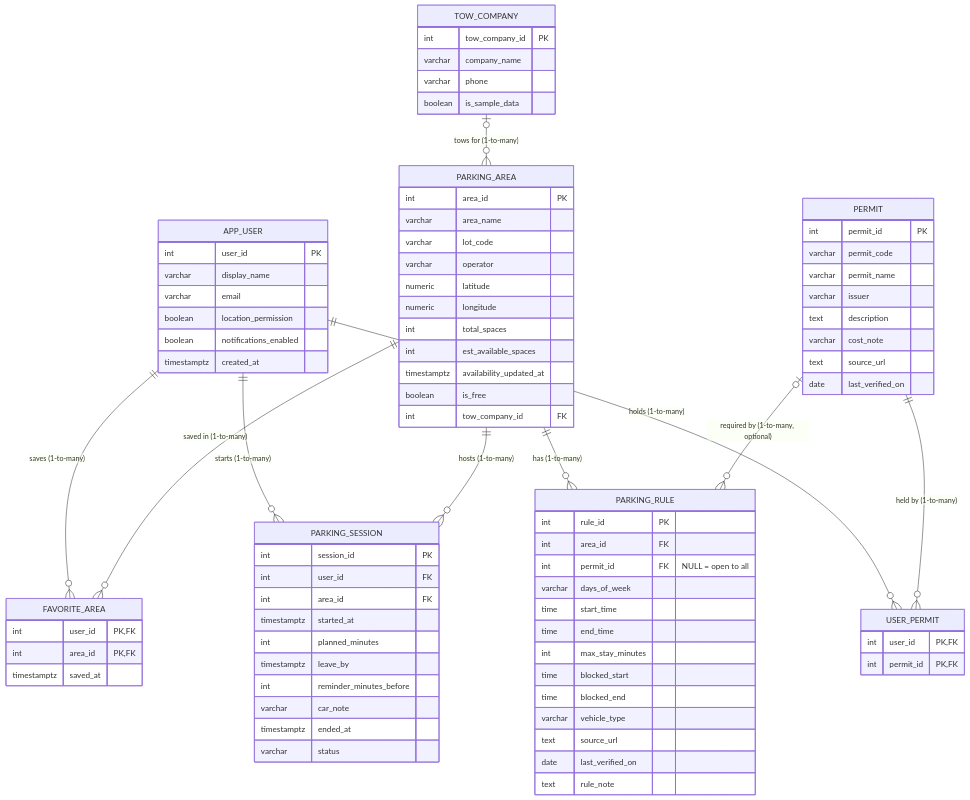
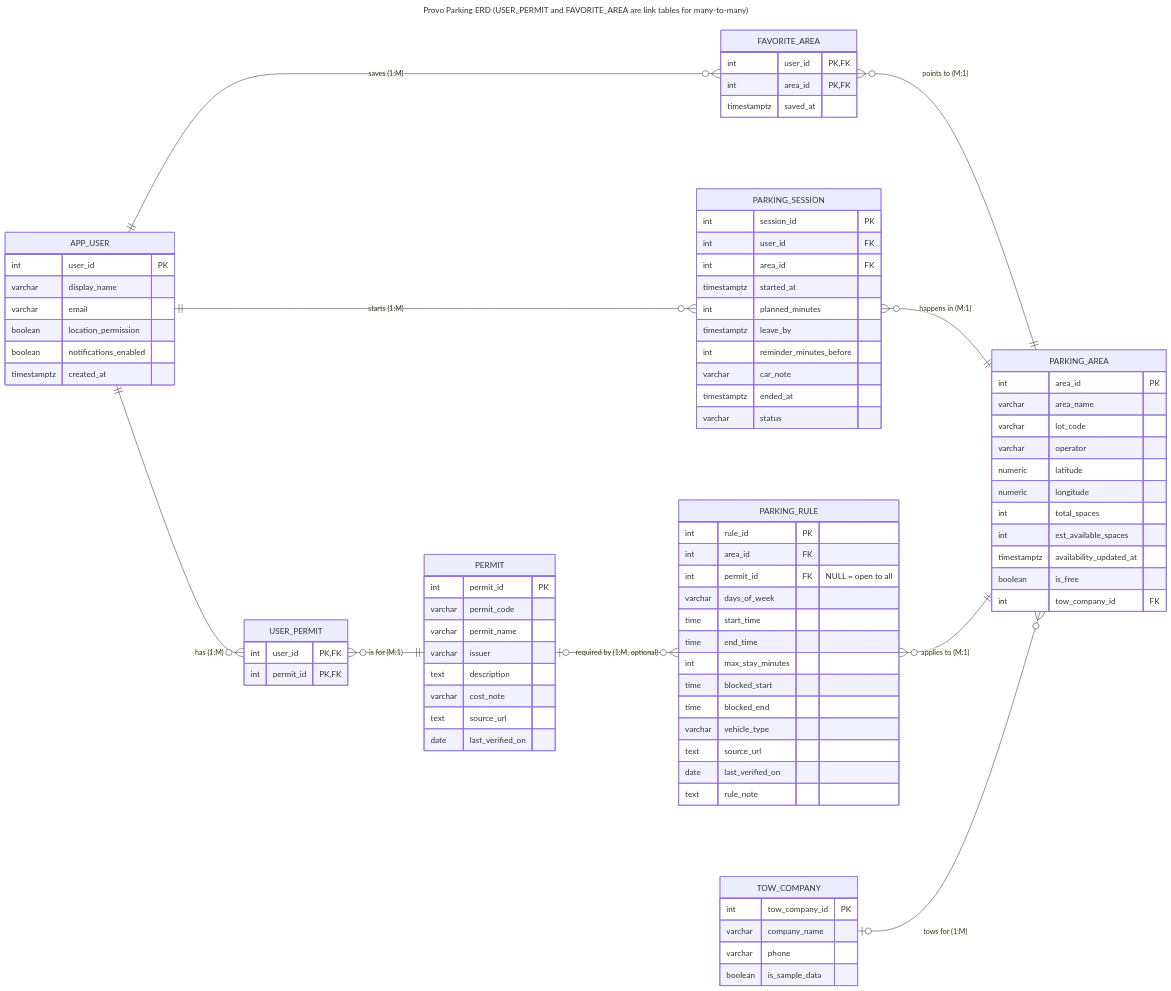
One commit to ParkerMorris11/ProvoParking changed the diagram in docs/erd.mmd. Above: the diagram before and after it, drawn with Mermaid. The commit also changed 2 other files, not shown here.

Commit message:
Re-lay out ERD so user, user_permit, and permit read left to right
Claude-Session: https://claude.ai/code/session_01DdEjXydVjiutYzgZs9ir16

```diff
--- a/docs/erd.mmd
+++ b/docs/erd.mmd
@@ -1,84 +1,88 @@
+---
+title: "Provo Parking ERD (USER_PERMIT and FAVORITE_AREA are link tables for many-to-many)"
+---
 erDiagram
-    APP_USER ||--o{ USER_PERMIT : "holds (1-to-many)"
-    PERMIT ||--o{ USER_PERMIT : "held by (1-to-many)"
-    APP_USER ||--o{ FAVORITE_AREA : "saves (1-to-many)"
-    PARKING_AREA ||--o{ FAVORITE_AREA : "saved in (1-to-many)"
-    APP_USER ||--o{ PARKING_SESSION : "starts (1-to-many)"
-    PARKING_AREA ||--o{ PARKING_SESSION : "hosts (1-to-many)"
-    PARKING_AREA ||--o{ PARKING_RULE : "has (1-to-many)"
-    PERMIT |o--o{ PARKING_RULE : "required by (1-to-many, optional)"
-    TOW_COMPANY |o--o{ PARKING_AREA : "tows for (1-to-many)"
+    direction LR
+    APP_USER ||--o{ USER_PERMIT : "has (1:M)"
+    USER_PERMIT }o--|| PERMIT : "is for (M:1)"
+    APP_USER ||--o{ FAVORITE_AREA : "saves (1:M)"
+    FAVORITE_AREA }o--|| PARKING_AREA : "points to (M:1)"
+    APP_USER ||--o{ PARKING_SESSION : "starts (1:M)"
+    PARKING_SESSION }o--|| PARKING_AREA : "happens in (M:1)"
+    PERMIT |o--o{ PARKING_RULE : "required by (1:M, optional)"
+    PARKING_RULE }o--|| PARKING_AREA : "applies to (M:1)"
+    TOW_COMPANY |o--o{ PARKING_AREA : "tows for (1:M)"
 
     APP_USER {
         int user_id PK
         varchar display_name
         varchar email
         boolean location_permission
         boolean notifications_enabled
         timestamptz created_at
     }
     PERMIT {
         int permit_id PK
         varchar permit_code
         varchar permit_name
         varchar issuer
         text description
         varchar cost_note
         text source_url
         date last_verified_on
     }
     USER_PERMIT {
         int user_id PK,FK
         int permit_id PK,FK
     }
     PARKING_AREA {
         int area_id PK
         varchar area_name
         varchar lot_code
         varchar operator
         numeric latitude
         numeric longitude
         int total_spaces
         int est_available_spaces
         timestamptz availability_updated_at
         boolean is_free
         int tow_company_id FK
     }
     PARKING_RULE {
         int rule_id PK
         int area_id FK
         int permit_id FK "NULL = open to all"
         varchar days_of_week
         time start_time
         time end_time
         int max_stay_minutes
         time blocked_start
         time blocked_end
         varchar vehicle_type
         text source_url
         date last_verified_on
         text rule_note
     }
     FAVORITE_AREA {
         int user_id PK,FK
         int area_id PK,FK
         timestamptz saved_at
     }
     PARKING_SESSION {
         int session_id PK
         int user_id FK
         int area_id FK
         timestamptz started_at
         int planned_minutes
         timestamptz leave_by
         int reminder_minutes_before
         varchar car_note
         timestamptz ended_at
         varchar status
     }
     TOW_COMPANY {
         int tow_company_id PK
         varchar company_name
         varchar phone
         boolean is_sample_data
     }
```
